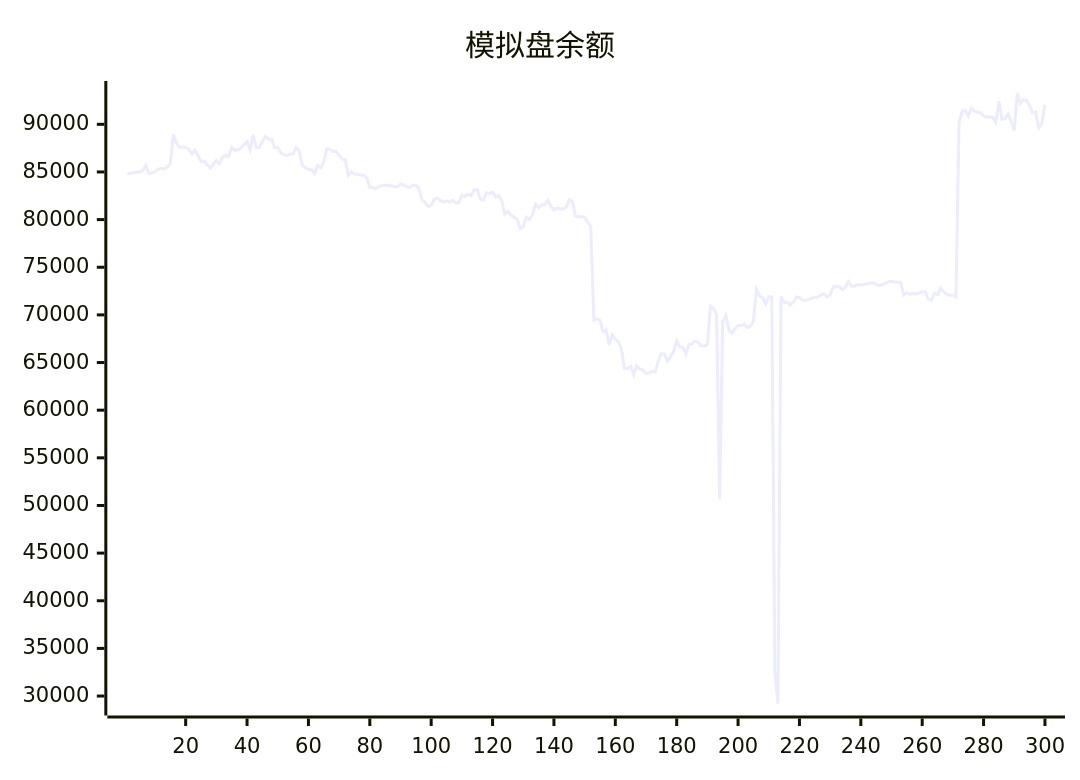
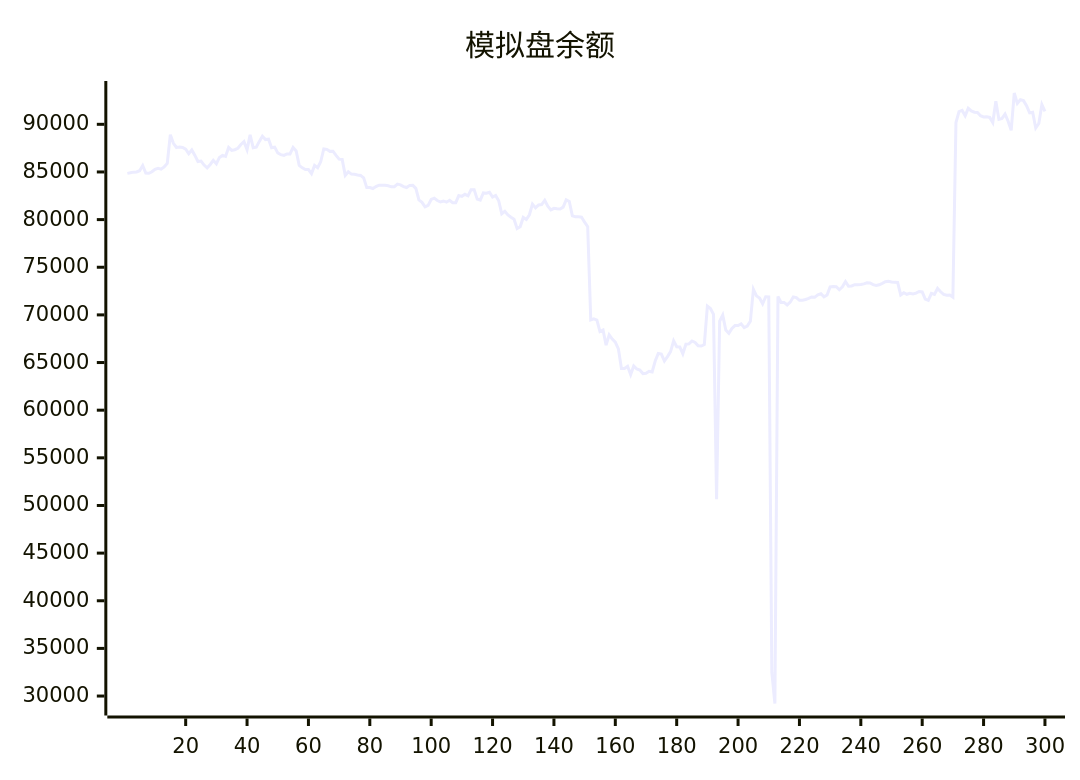
Before and after one commit to aahl/ai-trading: the diagram in README.md, drawn with Mermaid. The commit also changed other lines of this file and 1 other file, not shown here.

````diff
--- a/README.md
+++ b/README.md
@@ -5,5 +5,5 @@
 ```mermaid
 xychart
     title "模拟盘余额"
-    line [84834,84850,84916,84981,85004,85131,85674,84891,84864,85019,85284,85393,85294,85538,85894,88904,88012,87567,87625,87568,87386,86920,87313,86737,86094,86143,85725,85437,85787,86219,85859,86526,86740,86630,87563,87264,87335,87483,87886,88180,87335,88894,87544,87608,88207,88755,88401,88444,87543,87608,87000,86810,86740,86894,86884,87576,87209,85686,85435,85251,85255,84820,85689,85453,86066,87420,87373,87161,87178,86740,86341,86315,84643,85012,84772,84768,84690,84635,84376,83360,83357,83259,83474,83608,83606,83602,83548,83440,83454,83724,83644,83464,83365,83590,83592,83275,82072,81806,81344,81492,82109,82254,82006,81848,81955,81829,82022,81769,81776,82522,82441,82656,82498,83144,83144,82150,82038,82797,82763,82872,82367,82536,81981,80612,80862,80484,80242,80034,79063,79245,80226,80016,80507,81625,81233,81544,81578,82016,81401,81019,81186,81130,81118,81306,82066,81909,80392,80304,80291,80258,79729,79261,69466,69579,69456,68251,68415,66832,67911,67462,67144,66432,64380,64375,64606,63740,64647,64324,64216,63842,63877,64078,64008,65156,65945,65888,65157,65625,66144,67284,66653,66639,65924,66925,66956,67263,67108,66766,66729,66886,70927,70673,70049,50652,69334,69973,68400,68061,68578,68876,68879,69055,68662,68822,69329,72687,71999,71760,71162,71911,71896,32500,29218,71927,71297,71305,71044,71337,71883,71822,71536,71536,71622,71723,71880,71860,72100,72216,71887,72077,72940,72976,72966,72638,72948,73497,73004,73041,73173,73160,73186,73258,73375,73351,73173,73098,73161,73305,73474,73536,73457,73413,73412,72100,72333,72164,72272,72204,72285,72461,72421,71652,71521,72267,72157,72774,72424,72144,72060,72091,71858,90185,91338,91466,90900,91678,91404,91268,91244,90903,90779,90787,90721,90187,92429,90518,90619,91070,90328,89376,93286,92202,92581,92485,91947,91196,91259,89619,90086,92063]
+    line [84850,84916,84981,85004,85131,85674,84891,84864,85019,85284,85393,85294,85538,85894,88904,88012,87567,87625,87568,87386,86920,87313,86737,86094,86143,85725,85437,85787,86219,85859,86526,86740,86630,87563,87264,87335,87483,87886,88180,87335,88894,87544,87608,88207,88755,88401,88444,87543,87608,87000,86810,86740,86894,86884,87576,87209,85686,85435,85251,85255,84820,85689,85453,86066,87420,87373,87161,87178,86740,86341,86315,84643,85012,84772,84768,84690,84635,84376,83360,83357,83259,83474,83608,83606,83602,83548,83440,83454,83724,83644,83464,83365,83590,83592,83275,82072,81806,81344,81492,82109,82254,82006,81848,81955,81829,82022,81769,81776,82522,82441,82656,82498,83144,83144,82150,82038,82797,82763,82872,82367,82536,81981,80612,80862,80484,80242,80034,79063,79245,80226,80016,80507,81625,81233,81544,81578,82016,81401,81019,81186,81130,81118,81306,82066,81909,80392,80304,80291,80258,79729,79261,69466,69579,69456,68251,68415,66832,67911,67462,67144,66432,64380,64375,64606,63740,64647,64324,64216,63842,63877,64078,64008,65156,65945,65888,65157,65625,66144,67284,66653,66639,65924,66925,66956,67263,67108,66766,66729,66886,70927,70673,70049,50652,69334,69973,68400,68061,68578,68876,68879,69055,68662,68822,69329,72687,71999,71760,71162,71911,71896,32500,29218,71927,71297,71305,71044,71337,71883,71822,71536,71536,71622,71723,71880,71860,72100,72216,71887,72077,72940,72976,72966,72638,72948,73497,73004,73041,73173,73160,73186,73258,73375,73351,73173,73098,73161,73305,73474,73536,73457,73413,73412,72100,72333,72164,72272,72204,72285,72461,72421,71652,71521,72267,72157,72774,72424,72144,72060,72091,71858,90185,91338,91466,90900,91678,91404,91268,91244,90903,90779,90787,90721,90187,92429,90518,90619,91070,90328,89376,93286,92202,92581,92485,91947,91196,91259,89619,90086,92063,91355]
 ```
````
